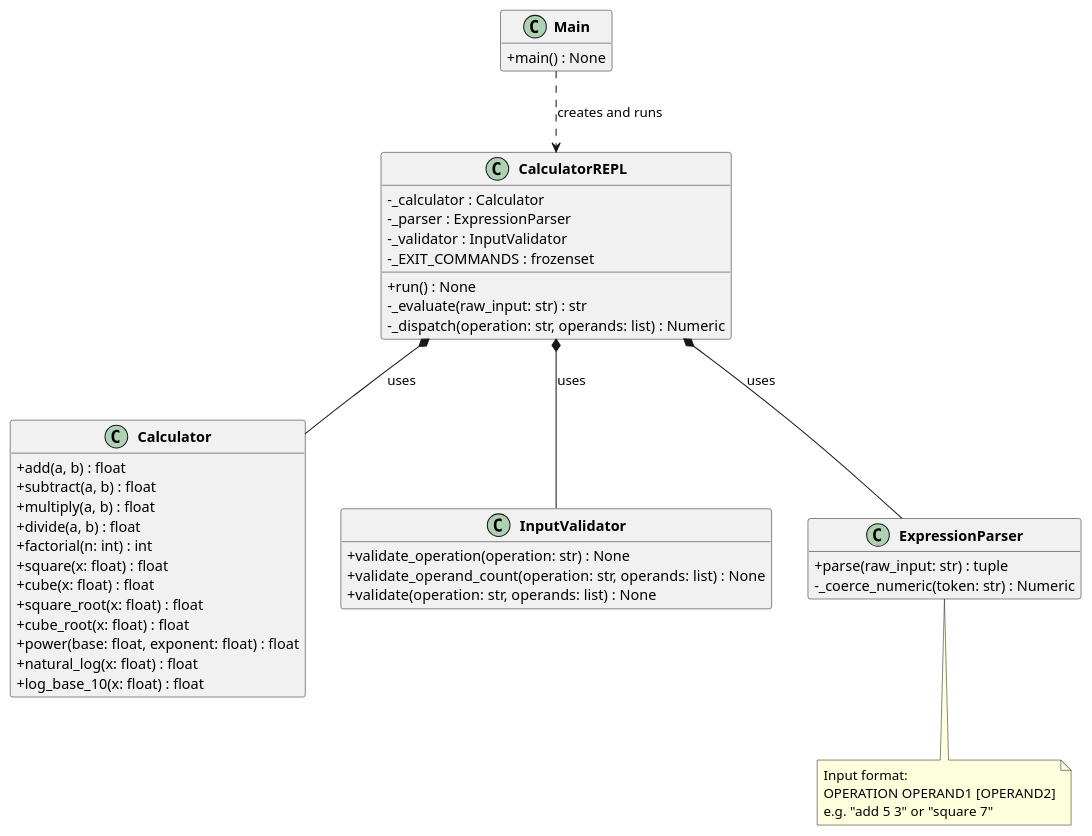
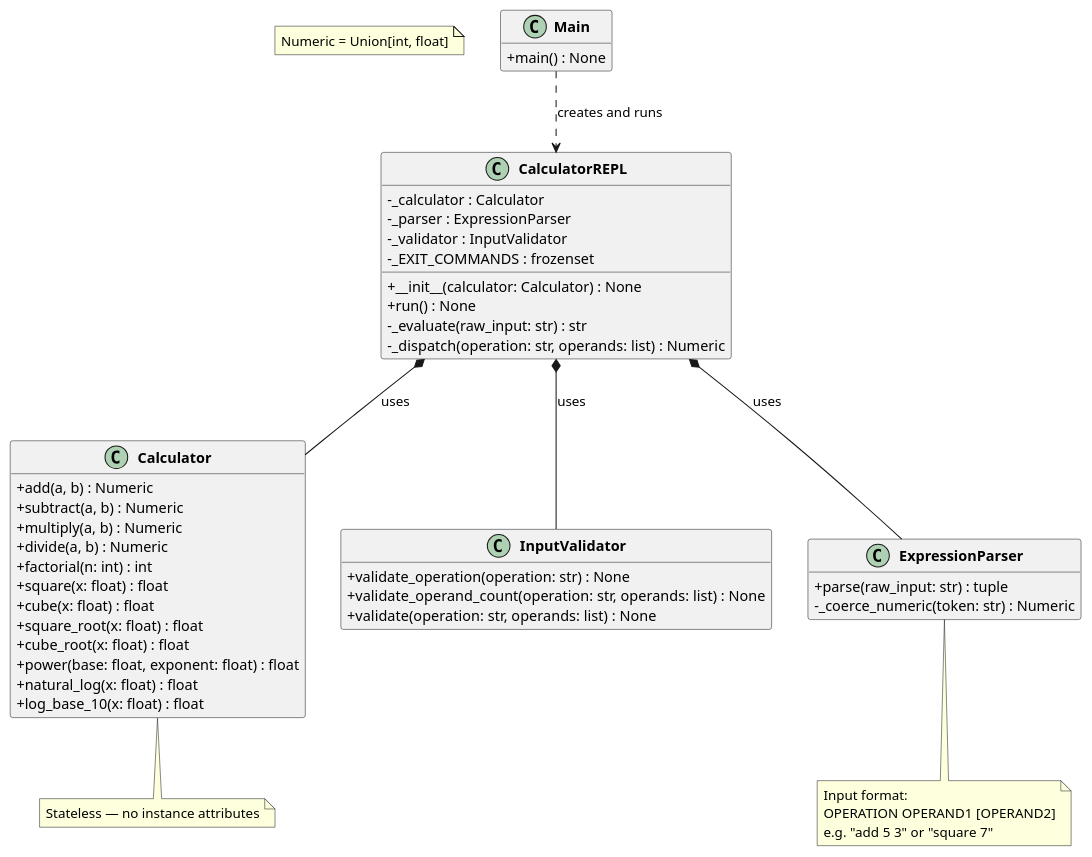
The diagram in artifacts/calculator_class_diagram.puml (DanielRiha8906/Calculator_bachelor_autoevolution_team), drawn with PlantUML before and after one commit. The commit also changed 1 other file, not shown here.

Commit message:
docs: enhance class diagram with constructor, type alias, and stateless note

```diff
--- a/artifacts/calculator_class_diagram.puml
+++ b/artifacts/calculator_class_diagram.puml
@@ -1,59 +1,66 @@
 @startuml calculator_class_diagram
 
 skinparam classAttributeIconSize 0
 skinparam classFontStyle bold
 skinparam packageStyle rectangle
 hide empty members
 
+note "Numeric = Union[int, float]" as N
+
 class Calculator {
-    + add(a, b) : float
-    + subtract(a, b) : float
-    + multiply(a, b) : float
-    + divide(a, b) : float
+    + add(a, b) : Numeric
+    + subtract(a, b) : Numeric
+    + multiply(a, b) : Numeric
+    + divide(a, b) : Numeric
     + factorial(n: int) : int
     + square(x: float) : float
     + cube(x: float) : float
     + square_root(x: float) : float
     + cube_root(x: float) : float
     + power(base: float, exponent: float) : float
     + natural_log(x: float) : float
     + log_base_10(x: float) : float
 }
+
+note bottom of Calculator
+  Stateless — no instance attributes
+end note
 
 class InputValidator {
     + validate_operation(operation: str) : None
     + validate_operand_count(operation: str, operands: list) : None
     + validate(operation: str, operands: list) : None
 }
 
 class ExpressionParser {
     + parse(raw_input: str) : tuple
     - _coerce_numeric(token: str) : Numeric
 }
 
 class CalculatorREPL {
     - _calculator : Calculator
     - _parser : ExpressionParser
     - _validator : InputValidator
     - _EXIT_COMMANDS : frozenset
+    + __init__(calculator: Calculator) : None
     + run() : None
     - _evaluate(raw_input: str) : str
     - _dispatch(operation: str, operands: list) : Numeric
 }
 
 class Main {
     + main() : None
 }
 
 CalculatorREPL *-- Calculator       : uses
 CalculatorREPL *-- ExpressionParser : uses
 CalculatorREPL *-- InputValidator   : uses
 Main ..> CalculatorREPL             : creates and runs
 
 note bottom of ExpressionParser
   Input format:
   OPERATION OPERAND1 [OPERAND2]
   e.g. "add 5 3" or "square 7"
 end note
 
 @enduml
```
